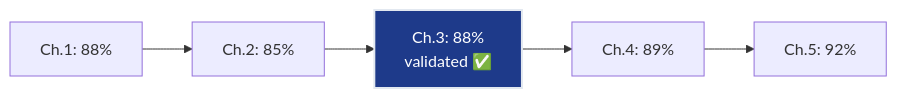
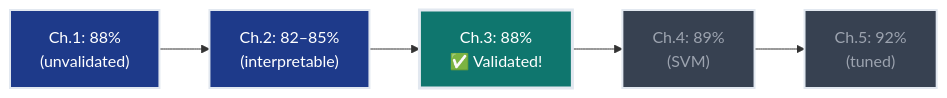
The fifth of 5 diagrams in notes/ML/02_classification/ch03_metrics/README.md (deepakshamsft/ai-portfolio), drawn with Mermaid before and after one commit. The commit also changed other lines of this file and 41 other files, not shown here.

````diff
--- a/notes/ML/02_classification/ch03_metrics/README.md
+++ b/notes/ML/02_classification/ch03_metrics/README.md
@@ -251,8 +705,12 @@
 ```mermaid
 graph LR
-    A["Ch.1: 88%"] --> B["Ch.2: 85%"]
-    B --> C["Ch.3: 88%<br/>validated ✅"]
-    C --> D["Ch.4: 89%"]
-    D --> E["Ch.5: 92%"]
-    style C fill:#1e3a8a,stroke:#e2e8f0,stroke-width:2px,color:#ffffff
+    A["Ch.1: 88%<br/>(unvalidated)"] --> B["Ch.2: 82–85%<br/>(interpretable)"]
+    B --> C["Ch.3: 88%<br/>✅ Validated!"]
+    C --> D["Ch.4: 89%<br/>(SVM)"]
+    D --> E["Ch.5: 92%<br/>(tuned)"]
+    style C fill:#0f766e,stroke:#e2e8f0,stroke-width:3px,color:#ffffff
+    style A fill:#1e3a8a,stroke:#e2e8f0,stroke-width:2px,color:#ffffff
+    style B fill:#1e3a8a,stroke:#e2e8f0,stroke-width:2px,color:#ffffff
+    style D fill:#374151,stroke:#e2e8f0,stroke-width:2px,color:#9ca3af
+    style E fill:#374151,stroke:#e2e8f0,stroke-width:2px,color:#9ca3af
 ```
````
